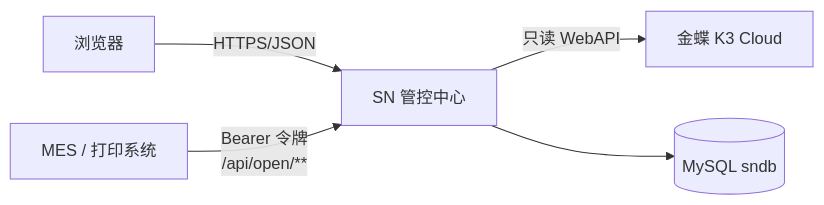
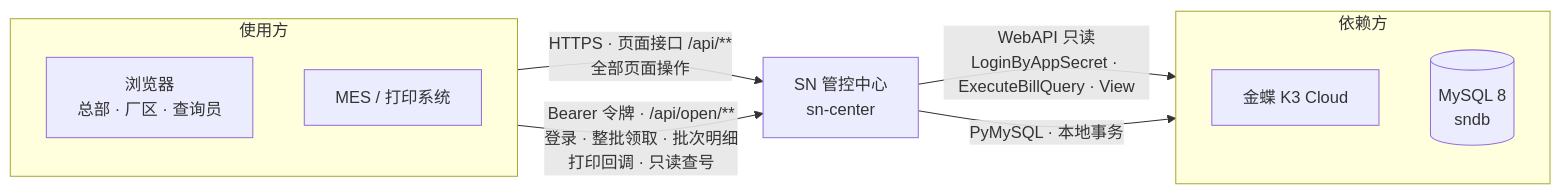
The seventh of 9 diagrams in docs/系统技术方案.md (Createsnow/sn-center), drawn with Mermaid before and after one commit. The commit also changed other lines of this file and 11 other files, not shown here.

First line of the commit message:
系统技术方案：重画全部图，ER 标注一对多，新增 Word 版

````diff
--- a/docs/系统技术方案.md
+++ b/docs/系统技术方案.md
@@ -390,7 +634,18 @@
 ```mermaid
 flowchart LR
-    Browser[浏览器] -->|HTTPS/JSON| SN[SN 管控中心]
-    MES[MES / 打印系统] -->|Bearer 令牌<br/>/api/open/**| SN
-    SN -->|只读 WebAPI| K3[金蝶 K3 Cloud]
-    SN --> DB[(MySQL sndb)]
+    subgraph IN[使用方]
+        direction TB
+        B[浏览器<br/>总部 · 厂区 · 查询员]
+        M[MES / 打印系统]
+    end
+    SN[SN 管控中心<br/>sn-center]
+    subgraph OUT[依赖方]
+        direction TB
+        K3[金蝶 K3 Cloud]
+        DB[(MySQL 8<br/>sndb)]
+    end
+    B -->|HTTPS · 页面接口 /api/**<br/>全部页面操作| SN
+    M -->|Bearer 令牌 · /api/open/**<br/>登录 · 整批领取 · 批次明细<br/>打印回调 · 只读查号| SN
+    SN -->|WebAPI 只读<br/>LoginByAppSecret · ExecuteBillQuery · View| K3
+    SN -->|PyMySQL · 本地事务| DB
 ```
````
